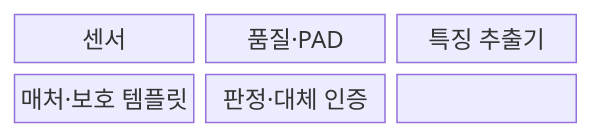
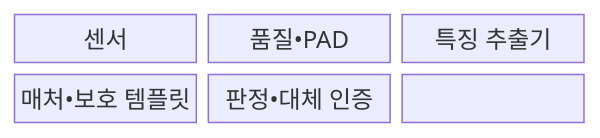
One commit to agnusdei1207/knowledge-base changed the first of 2 diagrams in src/content/docs/notes/05-security/070_biometric.md. Above: the diagram before and after it, drawn with Mermaid. The commit also changed other lines of this file and 953 other files, not shown here.

````diff
--- a/src/content/docs/notes/05-security/070_biometric.md
+++ b/src/content/docs/notes/05-security/070_biometric.md
@@ -67,10 +67,10 @@
 ```mermaid
 block-beta
   columns 3
   A["센서"]
-  B["품질·PAD"]
+  B["품질•PAD"]
   C["특징 추출기"]
-  D["매처·보호 템플릿"]
-  E["판정·대체 인증"]
+  D["매처•보호 템플릿"]
+  E["판정•대체 인증"]
   A --> B --> C --> D --> E
 ```
````
